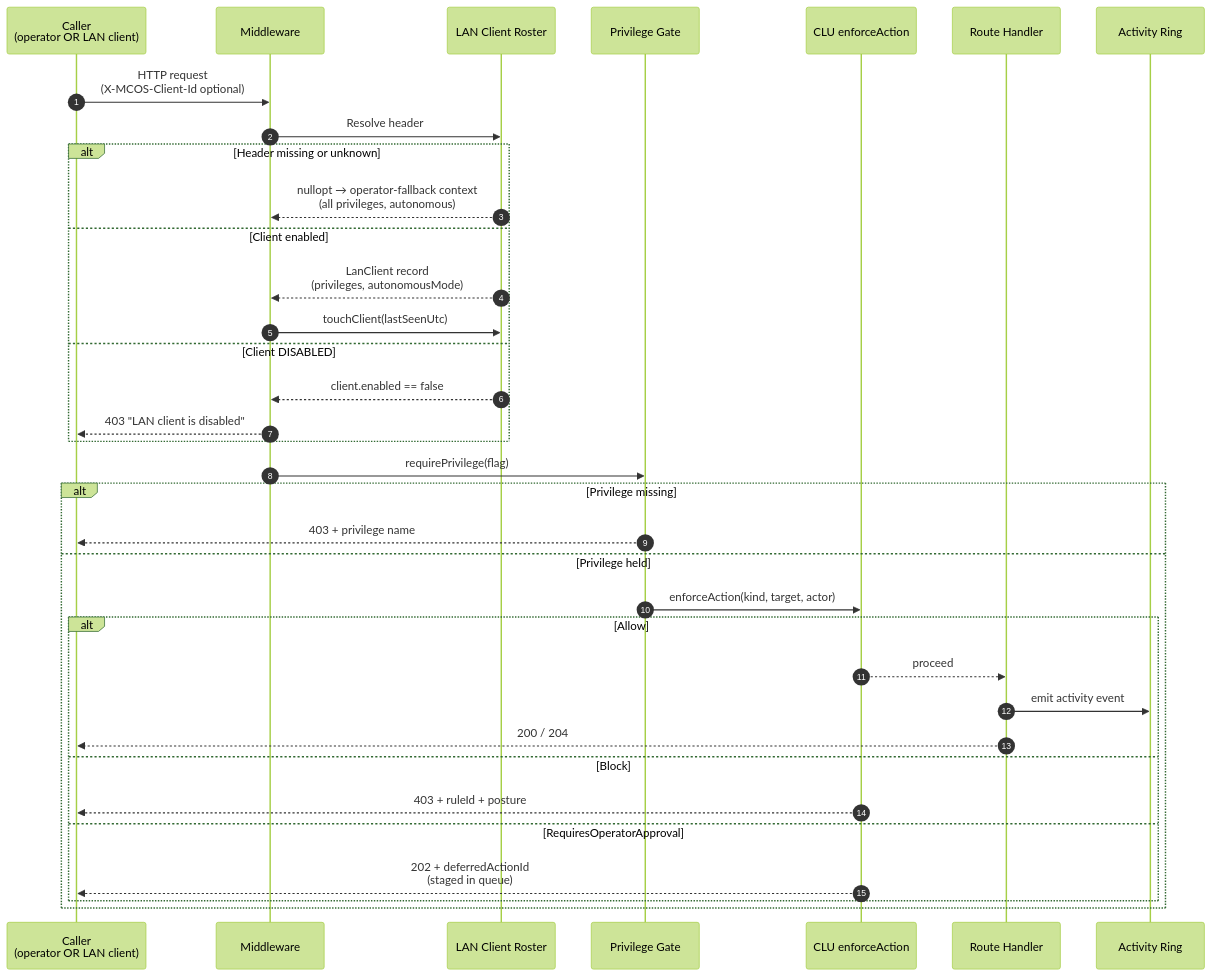
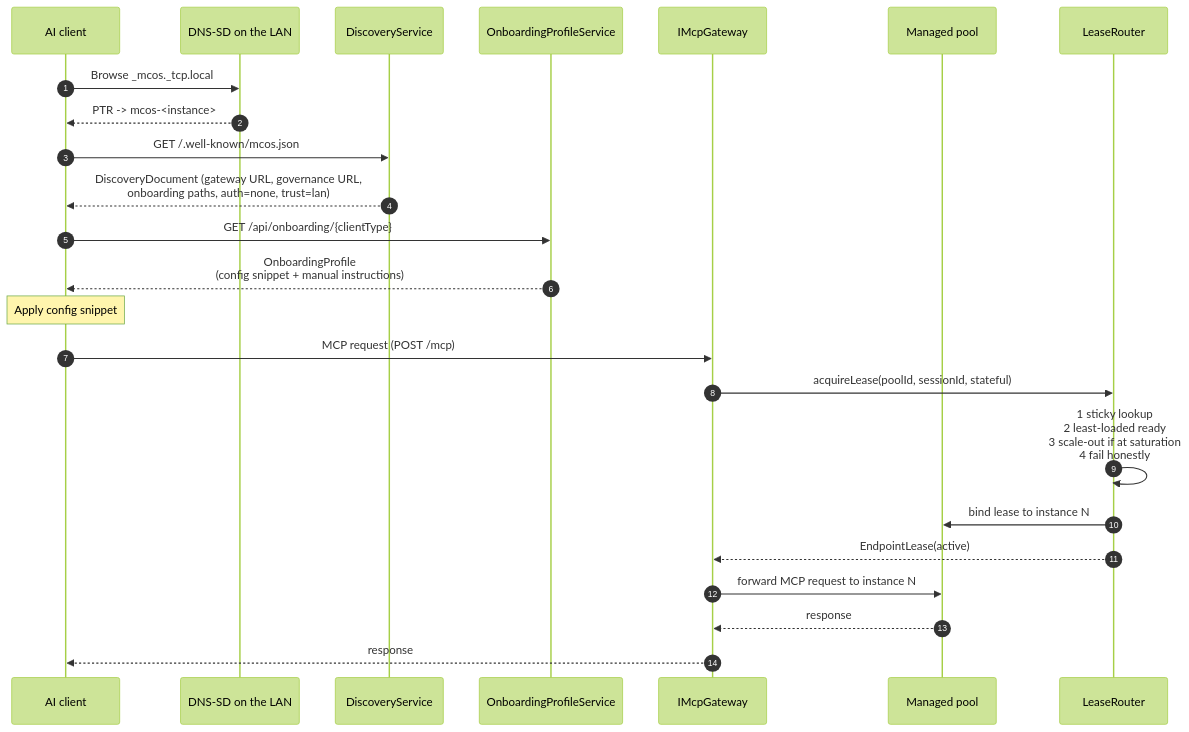
The fourth of 8 diagrams in docs/wiki/Architecture.md (flynn33/Master-Control-Orchestration-Server), drawn with Mermaid (forest theme) before and after one commit. The commit also changed other lines of this file and 15 other files, not shown here.

````diff
--- a/docs/wiki/Architecture.md
+++ b/docs/wiki/Architecture.md
@@ -64,39 +188,29 @@
 ```mermaid
 sequenceDiagram
     autonumber
-    participant Caller as Caller<br/>(operator OR LAN client)
-    participant MW as Middleware
-    participant Roster as LAN Client Roster
-    participant Gate as Privilege Gate
-    participant CLU as CLU enforceAction
-    participant Handler as Route Handler
-    participant Ring as Activity Ring
+    participant Client as AI client
+    participant DNS as DNS-SD on the LAN
+    participant Disc as DiscoveryService
+    participant Onboard as OnboardingProfileService
+    participant Gateway as IMcpGateway
+    participant Pool as Managed pool
+    participant Lease as LeaseRouter
 
-    Caller->>MW: HTTP request<br/>(X-MCOS-Client-Id optional)
-    MW->>Roster: Resolve header
-    alt Header missing or unknown
-        Roster-->>MW: nullopt → operator-fallback context<br/>(all privileges, autonomous)
-    else Client enabled
-        Roster-->>MW: LanClient record<br/>(privileges, autonomousMode)
-        MW->>Roster: touchClient(lastSeenUtc)
-    else Client DISABLED
-        Roster-->>MW: client.enabled == false
-        MW-->>Caller: 403 "LAN client is disabled"
-    end
+    Client->>DNS: Browse _mcos._tcp.local
+    DNS-->>Client: PTR -> mcos-<instance>
+    Client->>Disc: GET /.well-known/mcos.json
+    Disc-->>Client: DiscoveryDocument (gateway URL, governance URL,<br/>onboarding paths, auth=none, trust=lan)
+    Client->>Onboard: GET /api/onboarding/{clientType}
+    Onboard-->>Client: OnboardingProfile<br/>(config snippet + manual instructions)
 
-    MW->>Gate: requirePrivilege(flag)
-    alt Privilege missing
-        Gate-->>Caller: 403 + privilege name
-    else Privilege held
-        Gate->>CLU: enforceAction(kind, target, actor)
-        alt Allow
-            CLU-->>Handler: proceed
-            Handler->>Ring: emit activity event
-            Handler-->>Caller: 200 / 204
-        else Block
-            CLU-->>Caller: 403 + ruleId + posture
-        else RequiresOperatorApproval
-            CLU-->>Caller: 202 + deferredActionId<br/>(staged in queue)
-        end
-    end
+    note over Client: Apply config snippet
+
+    Client->>Gateway: MCP request (POST /mcp)
+    Gateway->>Lease: acquireLease(poolId, sessionId, stateful)
+    Lease->>Lease: 1 sticky lookup<br/>2 least-loaded ready<br/>3 scale-out if at saturation<br/>4 fail honestly
+    Lease->>Pool: bind lease to instance N
+    Lease-->>Gateway: EndpointLease(active)
+    Gateway->>Pool: forward MCP request to instance N
+    Pool-->>Gateway: response
+    Gateway-->>Client: response
 ```
````
